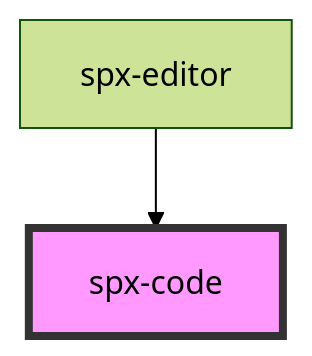
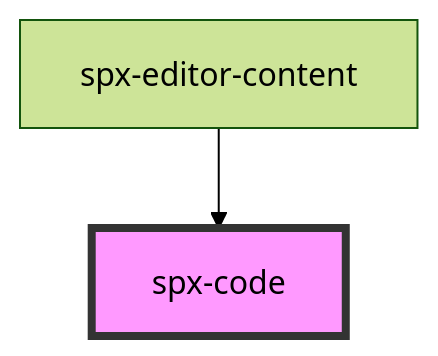
The diagram in stencil/src/components/elements/spx-code/readme.md (dnnsjsk/spx), drawn with Mermaid (forest theme) before and after one commit. The commit also changed other lines of this file and 285 other files, not shown here.

````diff
--- a/stencil/src/components/elements/spx-code/readme.md
+++ b/stencil/src/components/elements/spx-code/readme.md
@@ -64,5 +63,5 @@
 ```mermaid
 graph TD;
-  spx-editor --> spx-code
+  spx-editor-content --> spx-code
   style spx-code fill:#f9f,stroke:#333,stroke-width:4px
 ```
````
